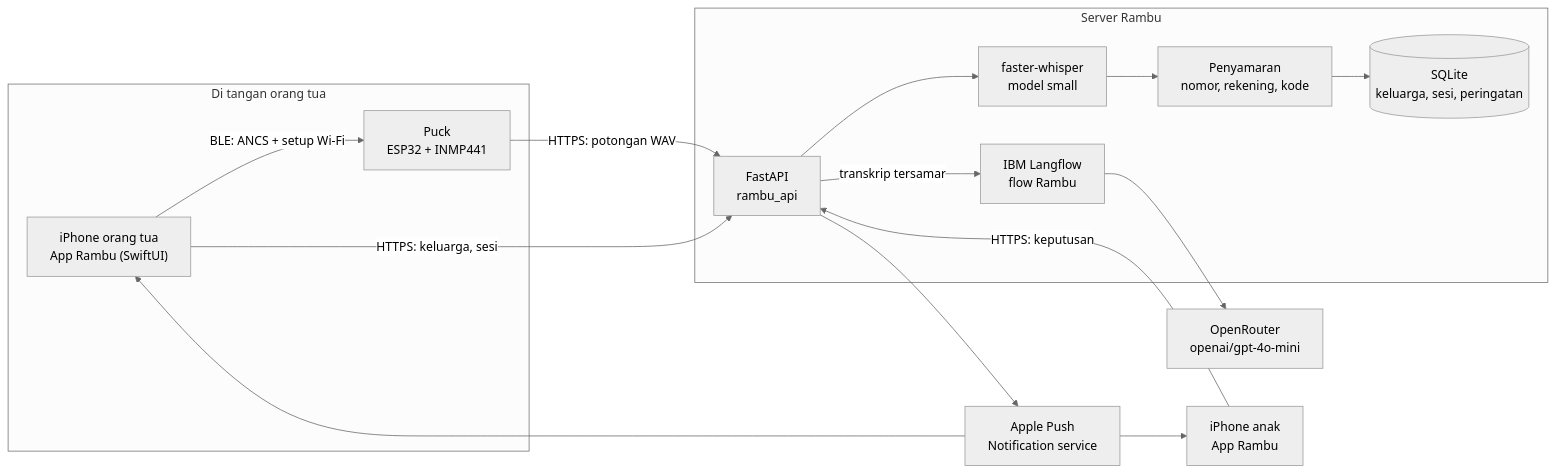
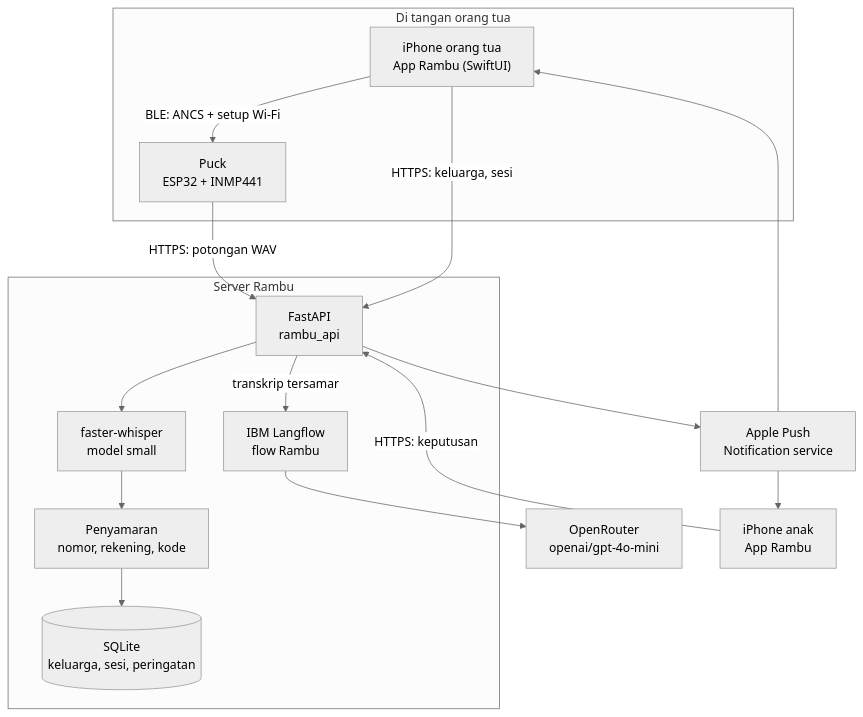
Before and after one commit to rambu-app/rambu: the second of 4 diagrams in README.md, drawn with Mermaid (neutral theme). The commit also changed other lines of this file and 1 other file, not shown here.

Commit message:
docs: make README architecture diagram and puck render easier to read

````diff
--- a/README.md
+++ b/README.md
@@ -84,29 +84,29 @@
 ```mermaid
-flowchart LR
+flowchart TB
     subgraph Rumah["Di tangan orang tua"]
         IP["iPhone orang tua<br/>App Rambu (SwiftUI)"]
         PK["Puck<br/>ESP32 + INMP441"]
     end
 
     subgraph Server["Server Rambu"]
         API["FastAPI<br/>rambu_api"]
         WH["faster-whisper<br/>model small"]
         RD["Penyamaran<br/>nomor, rekening, kode"]
         DB[("SQLite<br/>keluarga, sesi, peringatan")]
         LF["IBM Langflow<br/>flow Rambu"]
     end
 
     LLM["OpenRouter<br/>openai/gpt-4o-mini"]
     APNS["Apple Push<br/>Notification service"]
     AN["iPhone anak<br/>App Rambu"]
 
     IP -- "BLE: ANCS + setup Wi-Fi" --> PK
     PK -- "HTTPS: potongan WAV" --> API
     IP -- "HTTPS: keluarga, sesi" --> API
     AN -- "HTTPS: keputusan" --> API
     API --> WH --> RD --> DB
     API -- "transkrip tersamar" --> LF --> LLM
     API --> APNS
     APNS --> IP
     APNS --> AN
 ```
````
